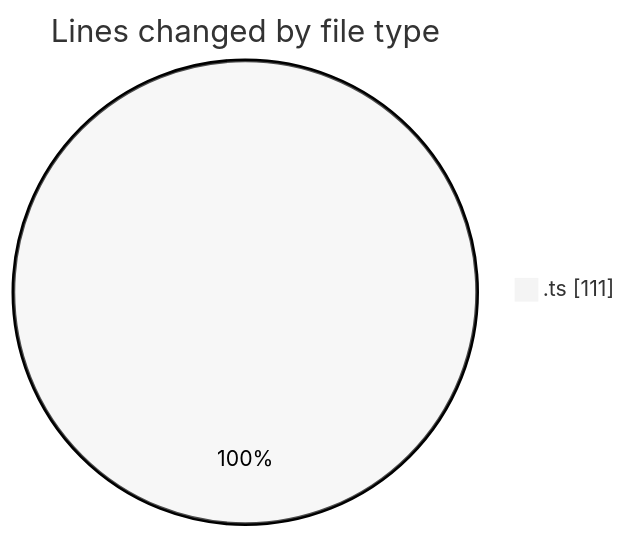
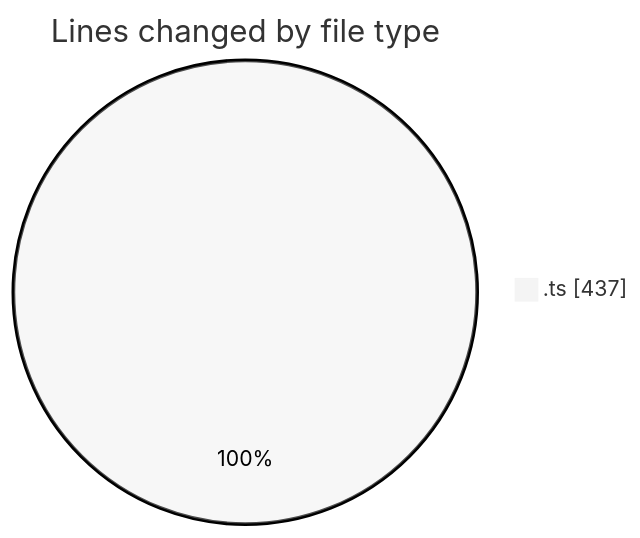
The first of 2 diagrams in 2025-05-20/cda/README.md (momahboobian/code-tracking), drawn with Mermaid (neutral theme) before and after one commit. The commit also changed other lines of this file and 1 other file, not shown here.

````diff
--- a/2025-05-20/cda/README.md
+++ b/2025-05-20/cda/README.md
@@ -20,5 +22,5 @@
 ```mermaid
 pie showData
 title Lines changed by file type
-".ts" : 111
+".ts" : 437
 ```
````
